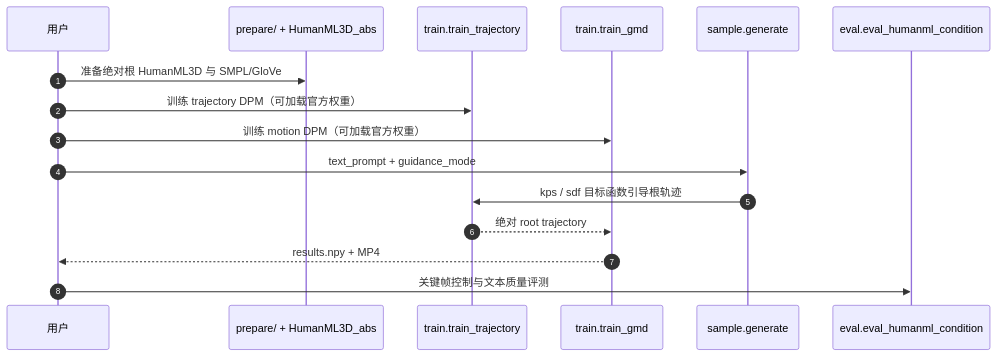
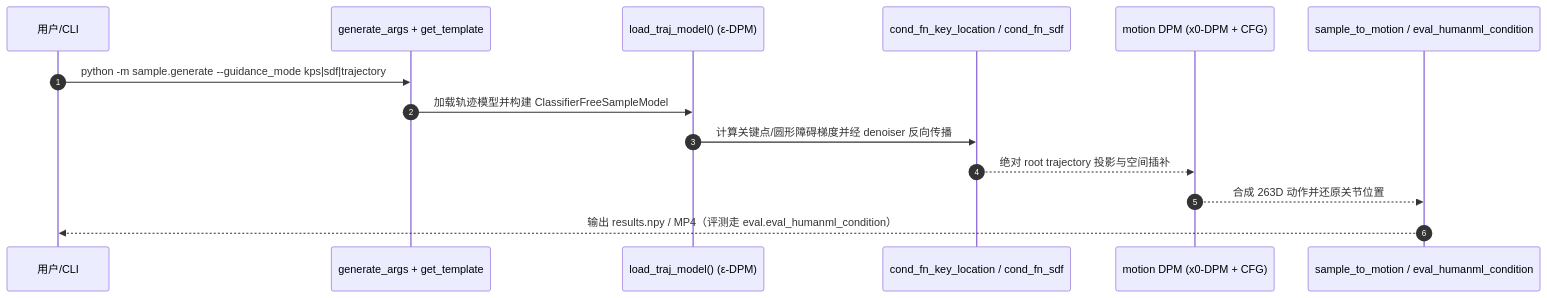
The second of 2 diagrams in wiki/entities/paper-notebook-guided-motion-diffusion-for-controllable-human-m.md (ImChong/Robotics_Notebooks), drawn with Mermaid before and after one commit. The commit also changed other lines of this file and 70 other files, not shown here.

````diff
--- a/wiki/entities/paper-notebook-guided-motion-diffusion-for-controllable-human-m.md
+++ b/wiki/entities/paper-notebook-guided-motion-diffusion-for-controllable-human-m.md
@@ -106,19 +110,17 @@
 ```mermaid
 sequenceDiagram
   autonumber
-  participant U as 用户
-  participant Prep as prepare/ + HumanML3D_abs
-  participant Traj as train.train_trajectory
-  participant Motion as train.train_gmd
-  participant Sample as sample.generate
-  participant Eval as eval.eval_humanml_condition
+  participant U as 用户/CLI
+  participant Args as generate_args + get_template
+  participant Traj as load_traj_model() (ε-DPM)
+  participant Cond as cond_fn_key_location / cond_fn_sdf
+  participant Mot as motion DPM (x0-DPM + CFG)
+  participant Eval as sample_to_motion / eval_humanml_condition
 
-  U->>Prep: 准备绝对根 HumanML3D 与 SMPL/GloVe
-  U->>Traj: 训练 trajectory DPM（可加载官方权重）
-  U->>Motion: 训练 motion DPM（可加载官方权重）
-  U->>Sample: text_prompt + guidance_mode
-  Sample->>Traj: kps / sdf 目标函数引导根轨迹
-  Traj-->>Motion: 绝对 root trajectory
-  Motion-->>U: results.npy + MP4
-  U->>Eval: 关键帧控制与文本质量评测
+  U->>Args: python -m sample.generate --guidance_mode kps|sdf|trajectory
+  Args->>Traj: 加载轨迹模型并构建 ClassifierFreeSampleModel
+  Traj->>Cond: 计算关键点/圆形障碍梯度并经 denoiser 反向传播
+  Cond-->>Mot: 绝对 root trajectory 投影与空间插补
+  Mot-->>Eval: 合成 263D 动作并还原关节位置
+  Eval-->>U: 输出 results.npy / MP4（评测走 eval.eval_humanml_condition）
 ```
````
